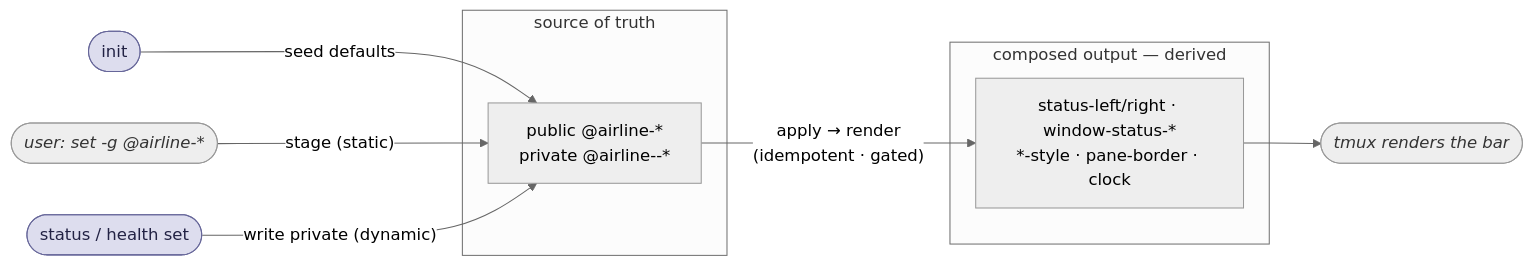
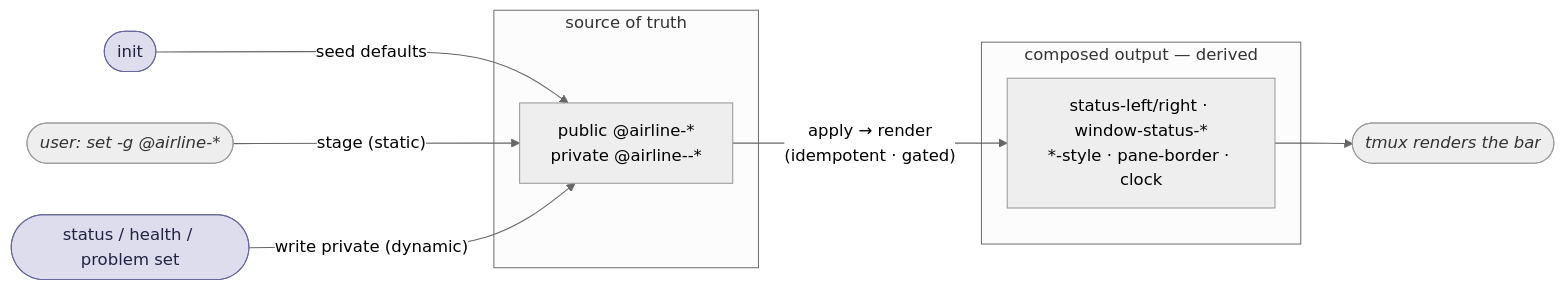
Before and after one commit to andrewjstryker/tmux-airline: the third of 3 diagrams in DESIGN.md, drawn with Mermaid (neutral theme). The commit also changed other lines of this file, not shown here.

Commit message:
Desscribe problem API

````diff
--- a/DESIGN.md
+++ b/DESIGN.md
@@ -170,17 +170,17 @@
 ```mermaid
 graph LR
     INIT(["init"]):::verb -- "seed defaults" --> S
     USER(["user: set -g @airline-*"]):::ext -- "stage (static)" --> S
-    EVT(["status / health set"]):::verb -- "write private (dynamic)" --> S
+    EVT(["status / health / problem set"]):::verb -- "write private (dynamic)" --> S
     subgraph IN["source of truth"]
         S["public @airline-*<br/>private @airline--*"]
     end
     S -- "apply → render<br/>(idempotent · gated)" --> T
     subgraph OUT["composed output — derived"]
         T["status-left/right · window-status-*<br/>*-style · pane-border · clock"]
     end
     T --> R([tmux renders the bar]):::ext
 
     classDef ext fill:#eee,stroke:#999,color:#333,font-style:italic;
     classDef verb fill:#dde,stroke:#669,color:#224;
 ```
````
